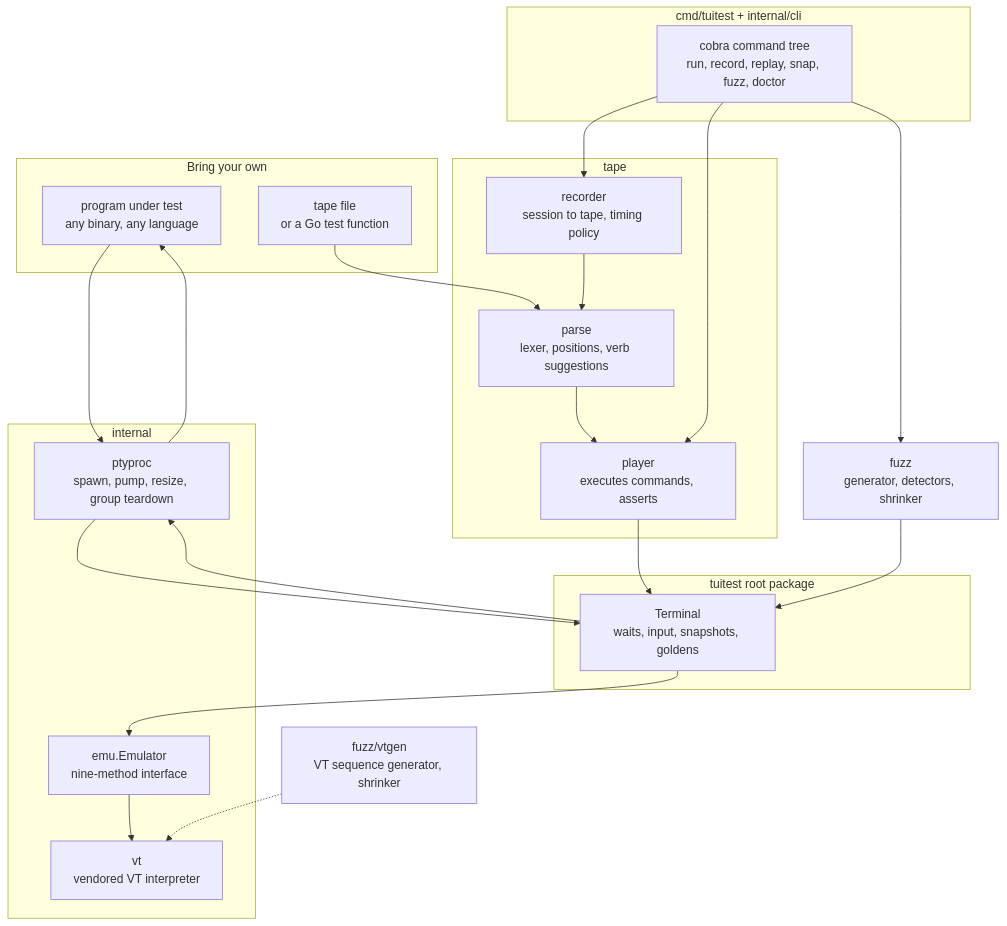
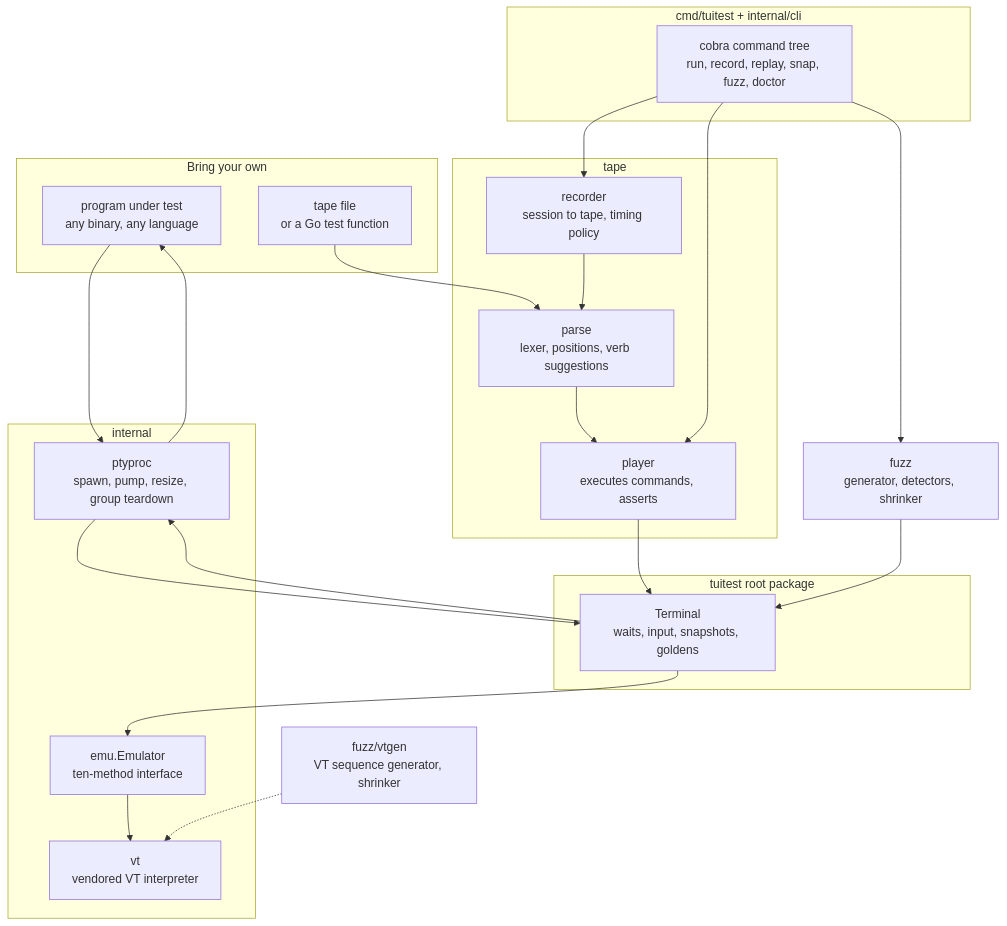
One commit to Gaurav-Gosain/tuitest changed the first of 2 diagrams in README.md. Above: the diagram before and after it, drawn with Mermaid. The commit also changed other lines of this file and 1 other file, not shown here.

First line of the commit message:
docs: list TakeResponses in the emulator interface

````diff
--- a/README.md
+++ b/README.md
@@ -119,38 +119,38 @@
 ```mermaid
 flowchart TB
   subgraph Bring["Bring your own"]
     PROG[program under test<br/>any binary, any language]
     TAPE[tape file<br/>or a Go test function]
   end
 
   subgraph CLI["cmd/tuitest + internal/cli"]
     REG[cobra command tree<br/>run, record, replay, snap, fuzz, doctor]
   end
 
   subgraph Lang["tape"]
     PARSE[parse<br/>lexer, positions, verb suggestions]
     PLAY[player<br/>executes commands, asserts]
     REC[recorder<br/>session to tape, timing policy]
   end
 
   subgraph Core["tuitest root package"]
     TERM[Terminal<br/>waits, input, snapshots, goldens]
   end
 
   subgraph Low["internal"]
     PTY[ptyproc<br/>spawn, pump, resize, group teardown]
-    EMU[emu.Emulator<br/>nine-method interface]
+    EMU[emu.Emulator<br/>ten-method interface]
     VT[vt<br/>vendored VT interpreter]
   end
 
   FUZZ[fuzz<br/>generator, detectors, shrinker]
   VTGEN[fuzz/vtgen<br/>VT sequence generator, shrinker]
 
   TAPE --> PARSE --> PLAY --> TERM
   REG --> PLAY
   REG --> REC --> PARSE
   REG --> FUZZ --> TERM
   TERM --> PTY --> PROG
   PROG --> PTY --> TERM --> EMU --> VT
   VTGEN -.-> VT
 ```
````
